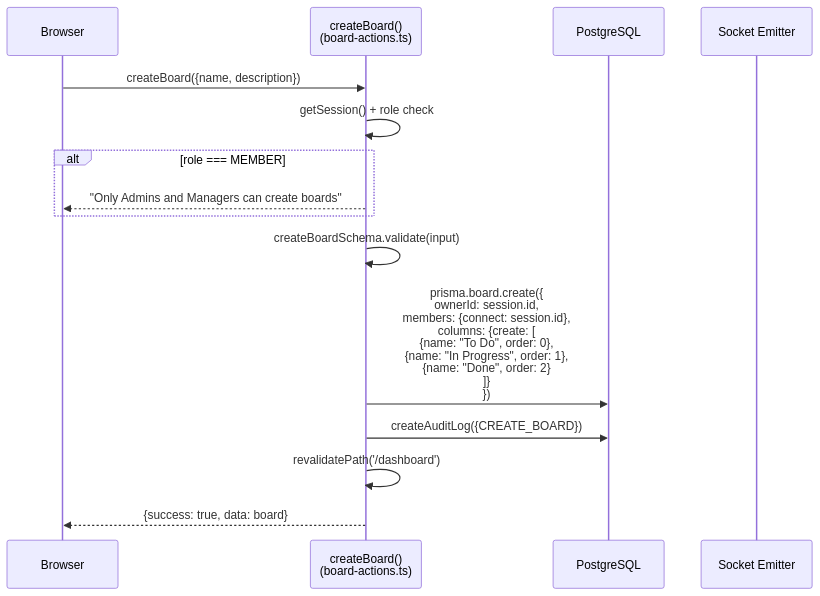
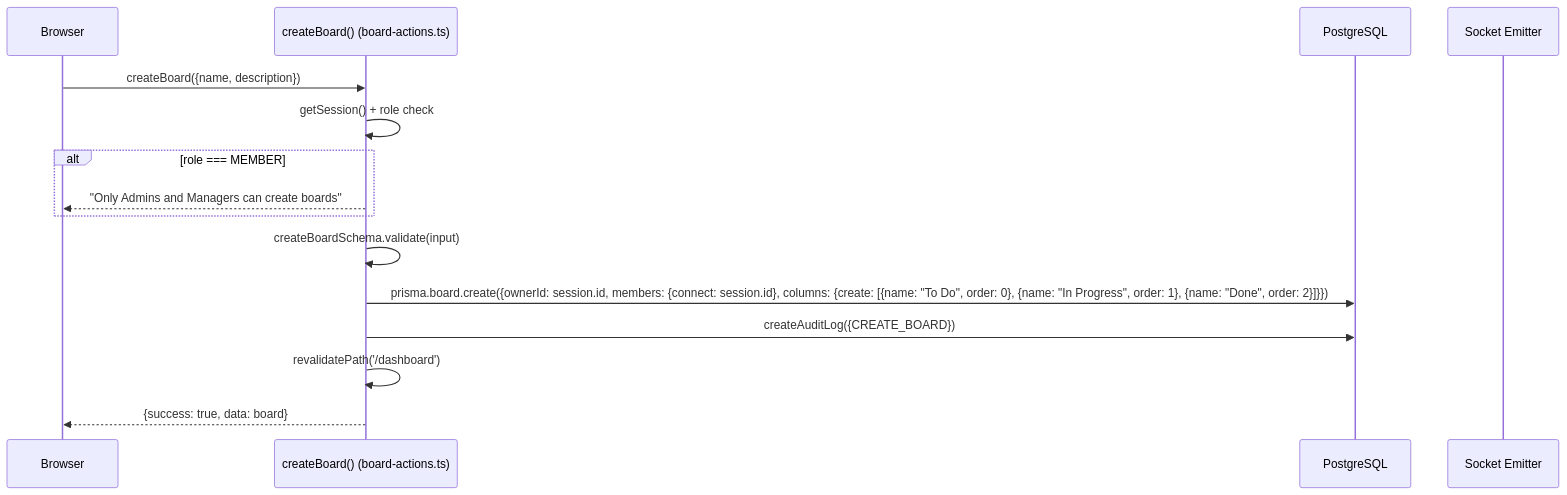
One commit to asefahmed500/Smart-Task-App_IIT_DU_Final_Project changed the second of 7 diagrams in docs/04-board-management.md. Above: the diagram before and after it, drawn with Mermaid. The commit also changed other lines of this file and 8 other files, not shown here.

Commit message:
fix: remove br tags from mermaid diagrams for GitHub rendering

````diff
--- a/docs/04-board-management.md
+++ b/docs/04-board-management.md
@@ -39,18 +39,18 @@
 ```mermaid
 sequenceDiagram
     participant Browser
-    participant Action as createBoard()<br/>(board-actions.ts)
+    participant Action as createBoard() (board-actions.ts)
     participant DB as PostgreSQL
     participant Socket as Socket Emitter
 
     Browser->>Action: createBoard({name, description})
     Action->>Action: getSession() + role check
     alt role === MEMBER
         Action-->>Browser: "Only Admins and Managers can create boards"
     end
     Action->>Action: createBoardSchema.validate(input)
-    Action->>DB: prisma.board.create({<br/>  ownerId: session.id,<br/>  members: {connect: session.id},<br/>  columns: {create: [<br/>    {name: "To Do", order: 0},<br/>    {name: "In Progress", order: 1},<br/>    {name: "Done", order: 2}<br/>  ]}<br/>})
+    Action->>DB: prisma.board.create({ownerId: session.id, members: {connect: session.id}, columns: {create: [{name: "To Do", order: 0}, {name: "In Progress", order: 1}, {name: "Done", order: 2}]}})
     Action->>DB: createAuditLog({CREATE_BOARD})
     Action->>Action: revalidatePath('/dashboard')
     Action-->>Browser: {success: true, data: board}
 ```
````
